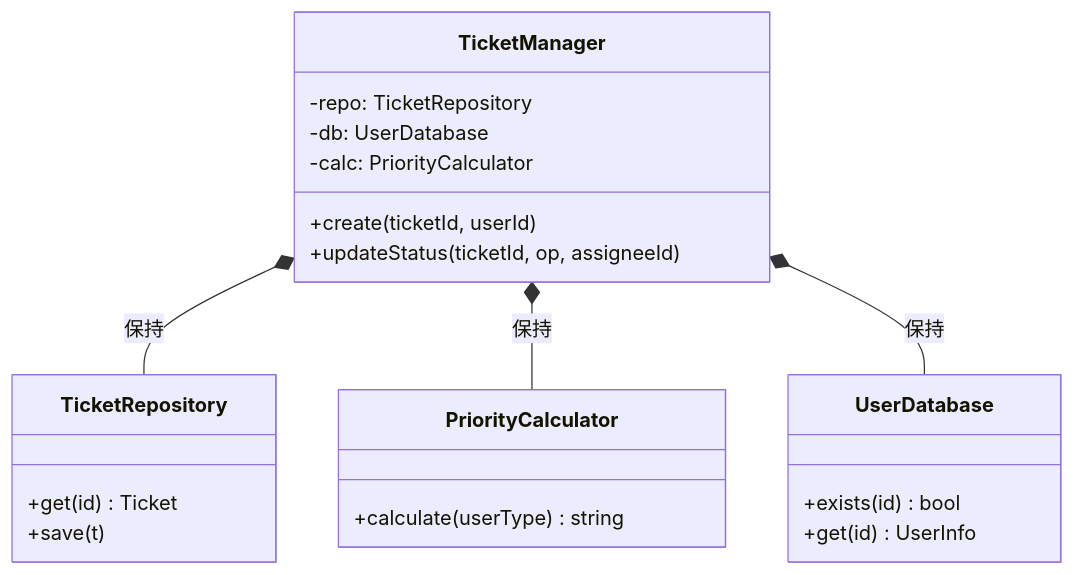
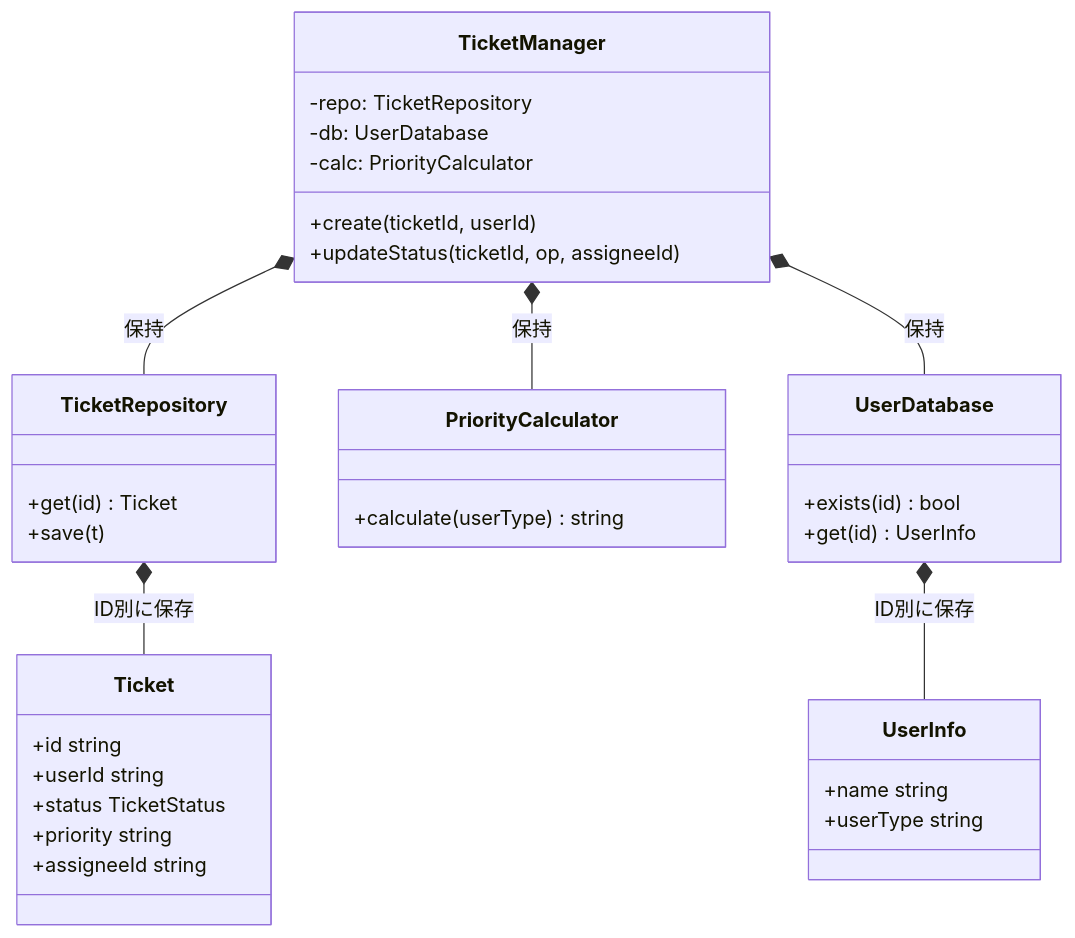
One commit to kumachan1101-pixel/DesignPattern changed the fourth of 15 diagrams in kindle/design-patterns/output/chapter09_2.md. Above: the diagram before and after it, drawn with Mermaid. The commit also changed other lines of this file and 14 other files, not shown here.

Commit message:
全章の仕様図と変更対象外基盤を整合

````diff
--- a/kindle/design-patterns/output/chapter09_2.md
+++ b/kindle/design-patterns/output/chapter09_2.md
@@ -199,24 +208,37 @@
 ```mermaid
 classDiagram
     class TicketManager {
         -repo: TicketRepository
         -db: UserDatabase
         -calc: PriorityCalculator
         +create(ticketId, userId)
         +updateStatus(ticketId, op, assigneeId)
     }
     class TicketRepository {
         +get(id) Ticket
         +save(t)
     }
+    class Ticket {
+        +id string
+        +userId string
+        +status TicketStatus
+        +priority string
+        +assigneeId string
+    }
     class PriorityCalculator {
         +calculate(userType) string
     }
     class UserDatabase {
         +exists(id) bool
         +get(id) UserInfo
     }
+    class UserInfo {
+        +name string
+        +userType string
+    }
     TicketManager *-- TicketRepository : 保持
     TicketManager *-- PriorityCalculator : 保持
     TicketManager *-- UserDatabase : 保持
+    TicketRepository *-- Ticket : ID別に保存
+    UserDatabase *-- UserInfo : ID別に保存
 ```
````
